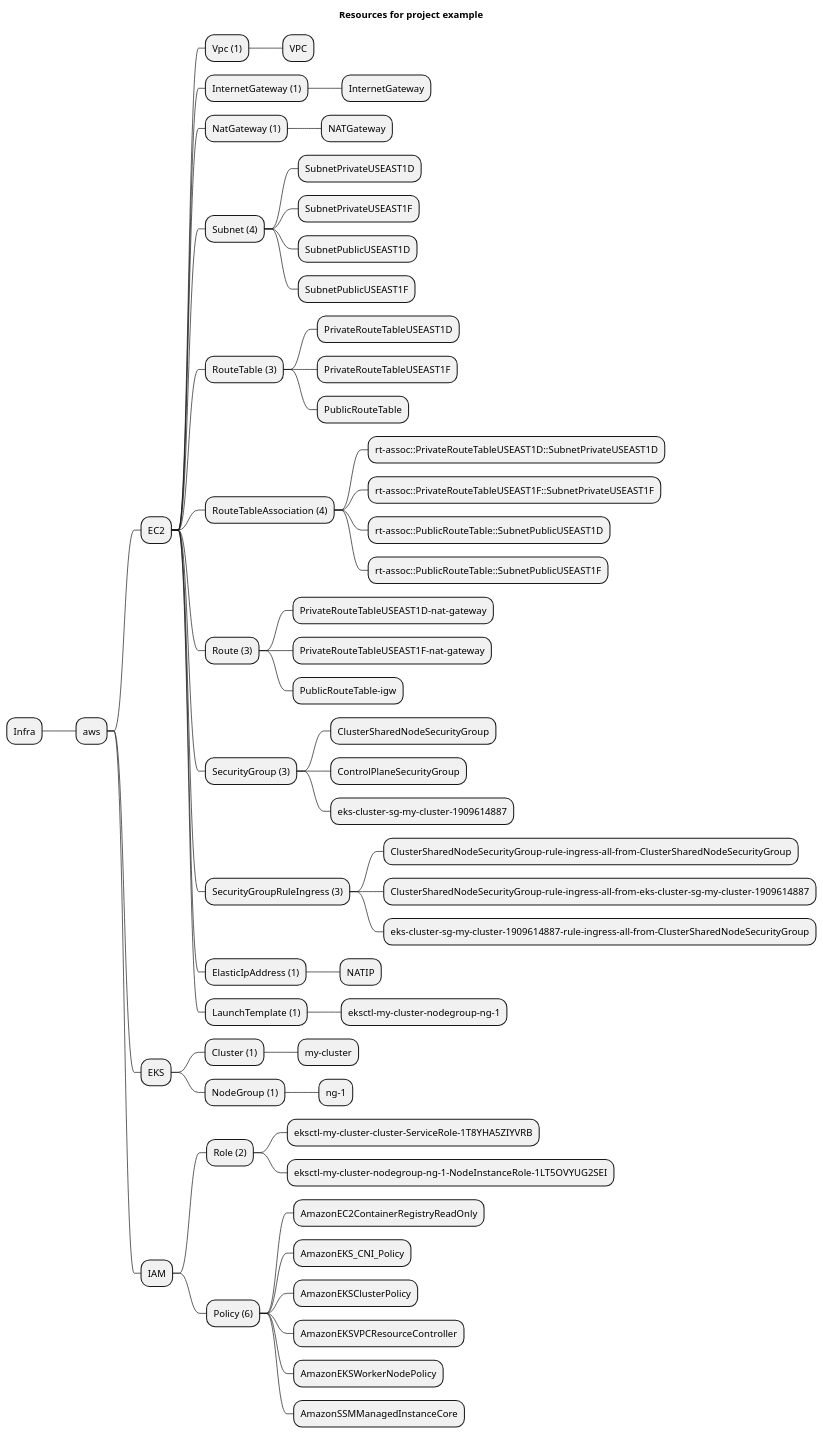
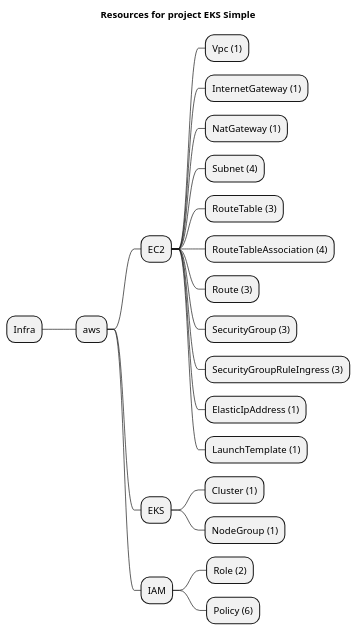
The diagram in examples/aws/EKS/eks-simple/artifacts/resources-mindmap.puml (grucloud/grucloud), drawn with PlantUML before and after one commit. The commit also changed 122 other files, not shown here.

```diff
--- a/examples/aws/EKS/eks-simple/artifacts/resources-mindmap.puml
+++ b/examples/aws/EKS/eks-simple/artifacts/resources-mindmap.puml
@@ -1,59 +1,24 @@
 @startmindmap
-title Resources for project example
+title Resources for project EKS Simple
 skinparam monochrome true
 + Infra
 ++ aws
 +++ EC2
 ++++ Vpc (1)
-+++++ VPC
 ++++ InternetGateway (1)
-+++++ InternetGateway
 ++++ NatGateway (1)
-+++++ NATGateway
 ++++ Subnet (4)
-+++++ SubnetPrivateUSEAST1D
-+++++ SubnetPrivateUSEAST1F
-+++++ SubnetPublicUSEAST1D
-+++++ SubnetPublicUSEAST1F
 ++++ RouteTable (3)
-+++++ PrivateRouteTableUSEAST1D
-+++++ PrivateRouteTableUSEAST1F
-+++++ PublicRouteTable
 ++++ RouteTableAssociation (4)
-+++++ rt-assoc::PrivateRouteTableUSEAST1D::SubnetPrivateUSEAST1D
-+++++ rt-assoc::PrivateRouteTableUSEAST1F::SubnetPrivateUSEAST1F
-+++++ rt-assoc::PublicRouteTable::SubnetPublicUSEAST1D
-+++++ rt-assoc::PublicRouteTable::SubnetPublicUSEAST1F
 ++++ Route (3)
-+++++ PrivateRouteTableUSEAST1D-nat-gateway
-+++++ PrivateRouteTableUSEAST1F-nat-gateway
-+++++ PublicRouteTable-igw
 ++++ SecurityGroup (3)
-+++++ ClusterSharedNodeSecurityGroup
-+++++ ControlPlaneSecurityGroup
-+++++ eks-cluster-sg-my-cluster-1909614887
 ++++ SecurityGroupRuleIngress (3)
-+++++ ClusterSharedNodeSecurityGroup-rule-ingress-all-from-ClusterSharedNodeSecurityGroup
-+++++ ClusterSharedNodeSecurityGroup-rule-ingress-all-from-eks-cluster-sg-my-cluster-1909614887
-+++++ eks-cluster-sg-my-cluster-1909614887-rule-ingress-all-from-ClusterSharedNodeSecurityGroup
 ++++ ElasticIpAddress (1)
-+++++ NATIP
 ++++ LaunchTemplate (1)
-+++++ eksctl-my-cluster-nodegroup-ng-1
 +++ EKS
 ++++ Cluster (1)
-+++++ my-cluster
 ++++ NodeGroup (1)
-+++++ ng-1
 +++ IAM
 ++++ Role (2)
-+++++ eksctl-my-cluster-cluster-ServiceRole-1T8YHA5ZIYVRB
-+++++ eksctl-my-cluster-nodegroup-ng-1-NodeInstanceRole-1LT5OVYUG2SEI
 ++++ Policy (6)
-+++++ AmazonEC2ContainerRegistryReadOnly
-+++++ AmazonEKS_CNI_Policy
-+++++ AmazonEKSClusterPolicy
-+++++ AmazonEKSVPCResourceController
-+++++ AmazonEKSWorkerNodePolicy
-+++++ AmazonSSMManagedInstanceCore
 @endmindmap
```
